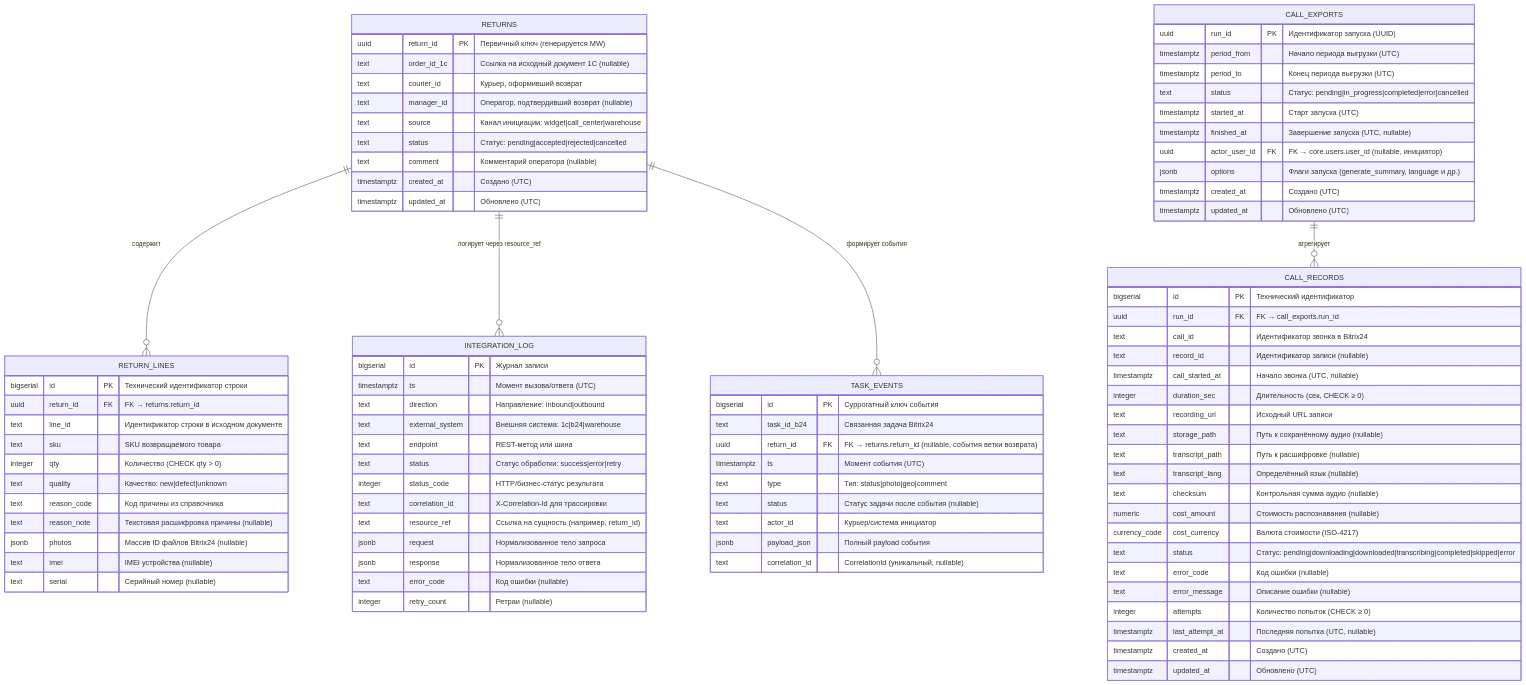
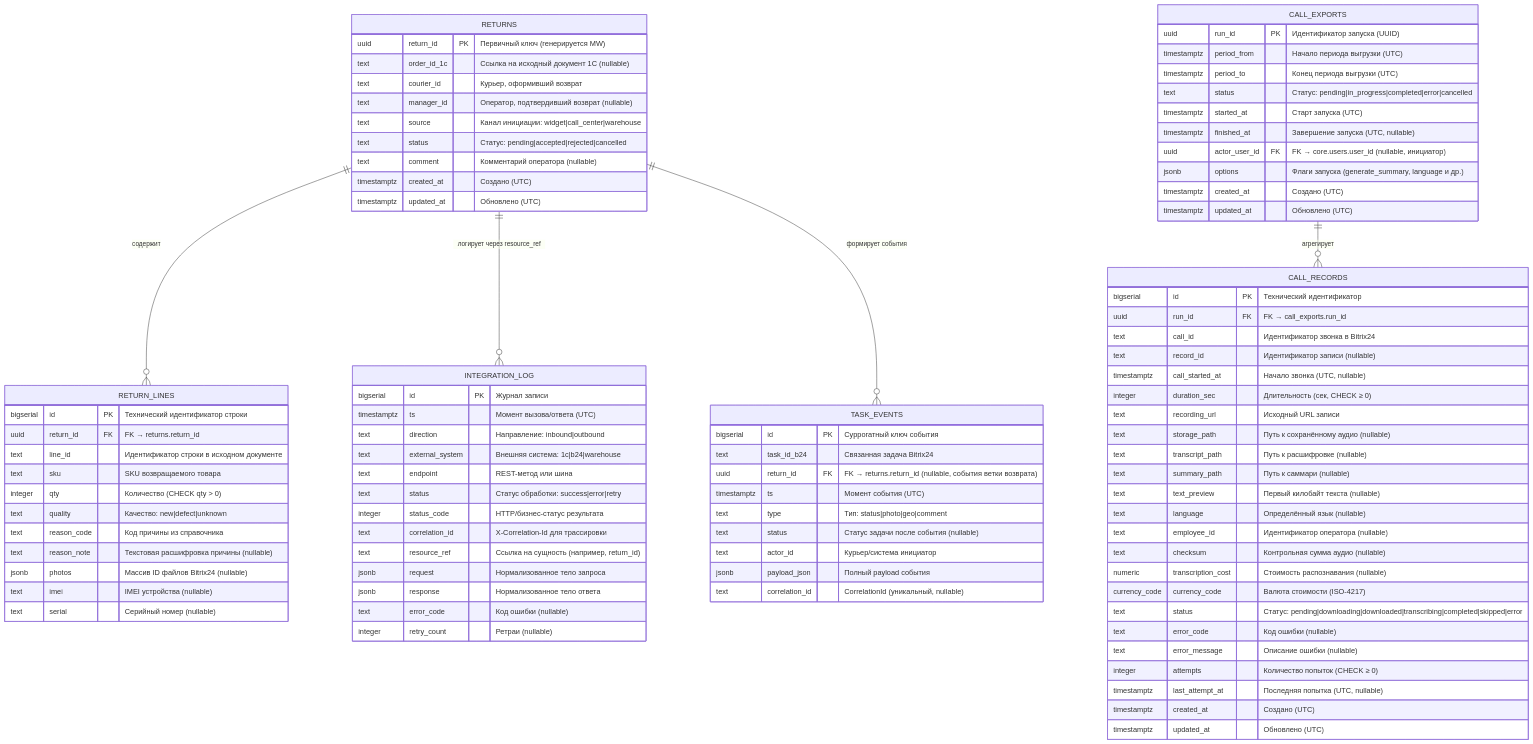
Before and after one commit to Offonika/mastermobile: the diagram in docs/data/erd.mmd, drawn with Mermaid. The commit also changed 14 other files, not shown here.

Commit message:
feat: align call registry schema and exports

```diff
--- a/docs/data/erd.mmd
+++ b/docs/data/erd.mmd
@@ -1,96 +1,99 @@
 erDiagram
     %% Возвраты и связанные артефакты наблюдаемости
     RETURNS {
         uuid return_id PK "Первичный ключ (генерируется MW)"
         text order_id_1c "Ссылка на исходный документ 1С (nullable)"
         text courier_id "Курьер, оформивший возврат"
         text manager_id "Оператор, подтвердивший возврат (nullable)"
         text source "Канал инициации: widget|call_center|warehouse"
         text status "Статус: pending|accepted|rejected|cancelled"
         text comment "Комментарий оператора (nullable)"
         timestamptz created_at "Создано (UTC)"
         timestamptz updated_at "Обновлено (UTC)"
     }
 
     RETURN_LINES {
         bigserial id PK "Технический идентификатор строки"
         uuid return_id FK "FK → returns.return_id"
         text line_id "Идентификатор строки в исходном документе"
         text sku "SKU возвращаемого товара"
         integer qty "Количество (CHECK qty > 0)"
         text quality "Качество: new|defect|unknown"
         text reason_code "Код причины из справочника"
         text reason_note "Текстовая расшифровка причины (nullable)"
         jsonb photos "Массив ID файлов Bitrix24 (nullable)"
         text imei "IMEI устройства (nullable)"
         text serial "Серийный номер (nullable)"
     }
 
     INTEGRATION_LOG {
         bigserial id PK "Журнал записи"
         timestamptz ts "Момент вызова/ответа (UTC)"
         text direction "Направление: inbound|outbound"
         text external_system "Внешняя система: 1c|b24|warehouse"
         text endpoint "REST-метод или шина"
         text status "Статус обработки: success|error|retry"
         integer status_code "HTTP/бизнес-статус результата"
         text correlation_id "X-Correlation-Id для трассировки"
         text resource_ref "Ссылка на сущность (например, return_id)"
         jsonb request "Нормализованное тело запроса"
         jsonb response "Нормализованное тело ответа"
         text error_code "Код ошибки (nullable)"
         integer retry_count "Ретраи (nullable)"
     }
 
     TASK_EVENTS {
         bigserial id PK "Суррогатный ключ события"
         text task_id_b24 "Связанная задача Bitrix24"
         uuid return_id FK "FK → returns.return_id (nullable, события ветки возврата)"
         timestamptz ts "Момент события (UTC)"
         text type "Тип: status|photo|geo|comment"
         text status "Статус задачи после события (nullable)"
         text actor_id "Курьер/система инициатор"
         jsonb payload_json "Полный payload события"
         text correlation_id "CorrelationId (уникальный, nullable)"
     }
 
     CALL_EXPORTS {
         uuid run_id PK "Идентификатор запуска (UUID)"
         timestamptz period_from "Начало периода выгрузки (UTC)"
         timestamptz period_to "Конец периода выгрузки (UTC)"
         text status "Статус: pending|in_progress|completed|error|cancelled"
         timestamptz started_at "Старт запуска (UTC)"
         timestamptz finished_at "Завершение запуска (UTC, nullable)"
         uuid actor_user_id FK "FK → core.users.user_id (nullable, инициатор)"
         jsonb options "Флаги запуска (generate_summary, language и др.)"
         timestamptz created_at "Создано (UTC)"
         timestamptz updated_at "Обновлено (UTC)"
     }
 
     CALL_RECORDS {
         bigserial id PK "Технический идентификатор"
         uuid run_id FK "FK → call_exports.run_id"
         text call_id "Идентификатор звонка в Bitrix24"
         text record_id "Идентификатор записи (nullable)"
         timestamptz call_started_at "Начало звонка (UTC, nullable)"
         integer duration_sec "Длительность (сек, CHECK ≥ 0)"
         text recording_url "Исходный URL записи"
         text storage_path "Путь к сохранённому аудио (nullable)"
         text transcript_path "Путь к расшифровке (nullable)"
-        text transcript_lang "Определённый язык (nullable)"
+        text summary_path "Путь к саммари (nullable)"
+        text text_preview "Первый килобайт текста (nullable)"
+        text language "Определённый язык (nullable)"
+        text employee_id "Идентификатор оператора (nullable)"
         text checksum "Контрольная сумма аудио (nullable)"
-        numeric cost_amount "Стоимость распознавания (nullable)"
-        currency_code cost_currency "Валюта стоимости (ISO-4217)"
+        numeric transcription_cost "Стоимость распознавания (nullable)"
+        currency_code currency_code "Валюта стоимости (ISO-4217)"
         text status "Статус: pending|downloading|downloaded|transcribing|completed|skipped|error"
         text error_code "Код ошибки (nullable)"
         text error_message "Описание ошибки (nullable)"
         integer attempts "Количество попыток (CHECK ≥ 0)"
         timestamptz last_attempt_at "Последняя попытка (UTC, nullable)"
         timestamptz created_at "Создано (UTC)"
         timestamptz updated_at "Обновлено (UTC)"
     }
 
     RETURNS ||--o{ RETURN_LINES : "содержит"
     RETURNS ||--o{ INTEGRATION_LOG : "логирует через resource_ref"
     RETURNS ||--o{ TASK_EVENTS : "формирует события"
     CALL_EXPORTS ||--o{ CALL_RECORDS : "агрегирует"
```
